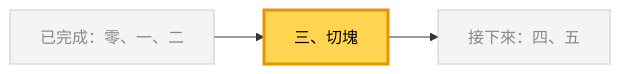
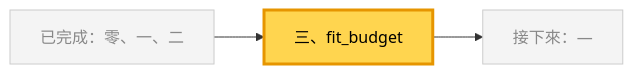
One commit to 4-learn/data-analysis-and-process-demo changed the eighth of 9 diagrams in docs/17.md. Above: the diagram before and after it, drawn with Mermaid. The commit also changed other lines of this file and 189 other files, not shown here.

````diff
--- a/docs/17.md
+++ b/docs/17.md
@@ -223,7 +248,7 @@
 ```mermaid
 flowchart LR
-    P["已完成：零、一、二"] --> C["三、切塊"] --> N["接下來：四、五"]
+    P["已完成：零、一、二"] --> C["三、fit_budget"] --> N["接下來：—"]
     classDef other fill:#f4f4f4,stroke:#cccccc,color:#888888
     class P,N other
     style C fill:#ffd54f,stroke:#e69500,stroke-width:3px,color:#000
 ```
````
